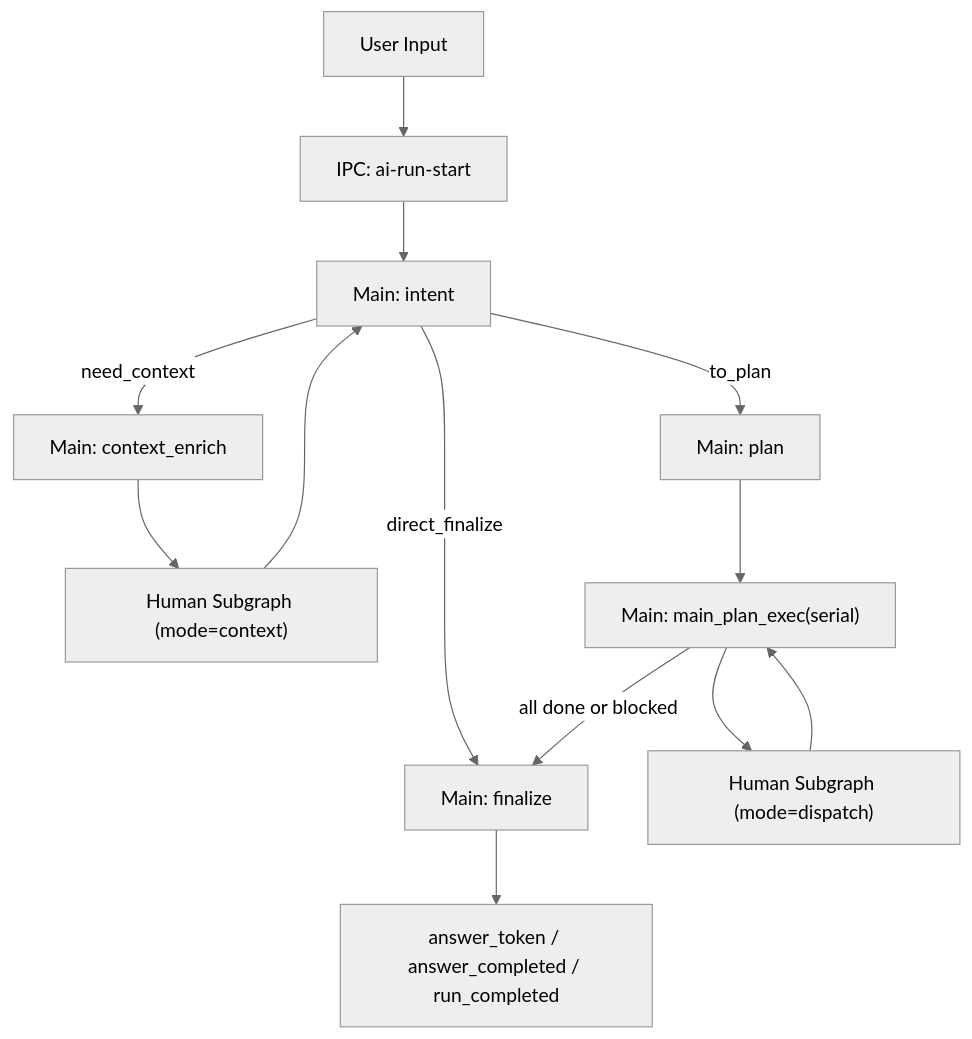
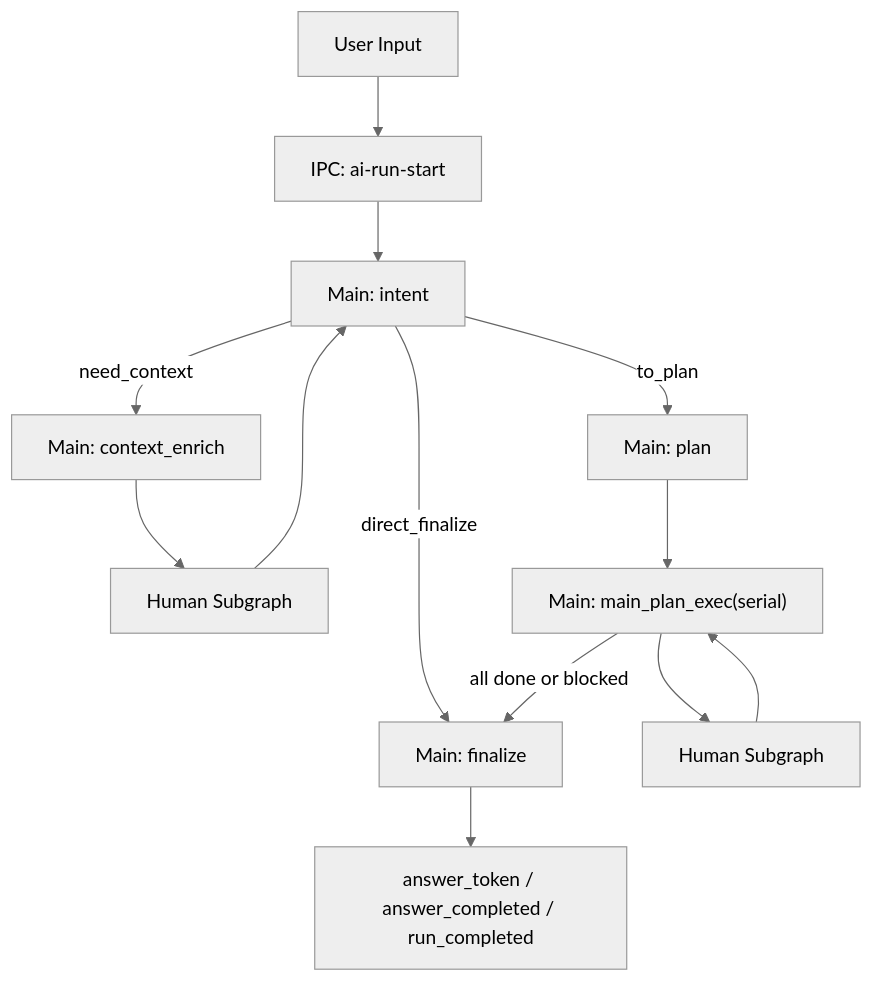
Before and after one commit to Yoan98/Ncurator: the first of 3 diagrams in doc/ai-architecture.md, drawn with Mermaid (neutral theme). The commit also changed other lines of this file and 25 other files, not shown here.

First line of the commit message:
refactor: centralize AI prompt management and enhance human execution flow

````diff
--- a/doc/ai-architecture.md
+++ b/doc/ai-architecture.md
@@ -25,15 +25,15 @@
 ```mermaid
 flowchart TD
   U["User Input"] --> IPC["IPC: ai-run-start"]
   IPC --> M0["Main: intent"]
   M0 -->|need_context| M1["Main: context_enrich"]
   M0 -->|to_plan| M2["Main: plan"]
   M0 -->|direct_finalize| M4["Main: finalize"]
-  M1 --> HCTX["Human Subgraph (mode=context)"]
+  M1 --> HCTX["Human Subgraph"]
   HCTX --> M0
   M2 --> M3["Main: main_plan_exec(serial)"]
-  M3 --> HDIS["Human Subgraph (mode=dispatch)"]
+  M3 --> HDIS["Human Subgraph"]
   HDIS --> M3
   M3 -->|all done or blocked| M4
   M4 --> OUT["answer_token / answer_completed / run_completed"]
 ```
````
